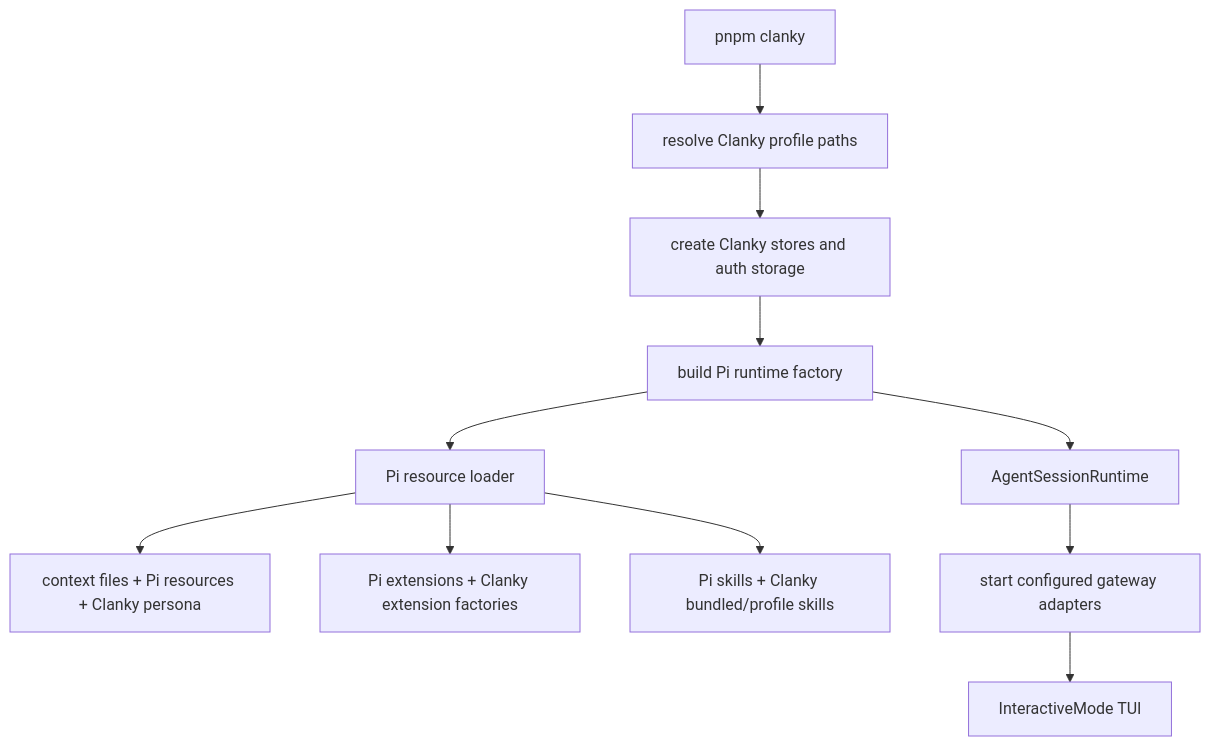
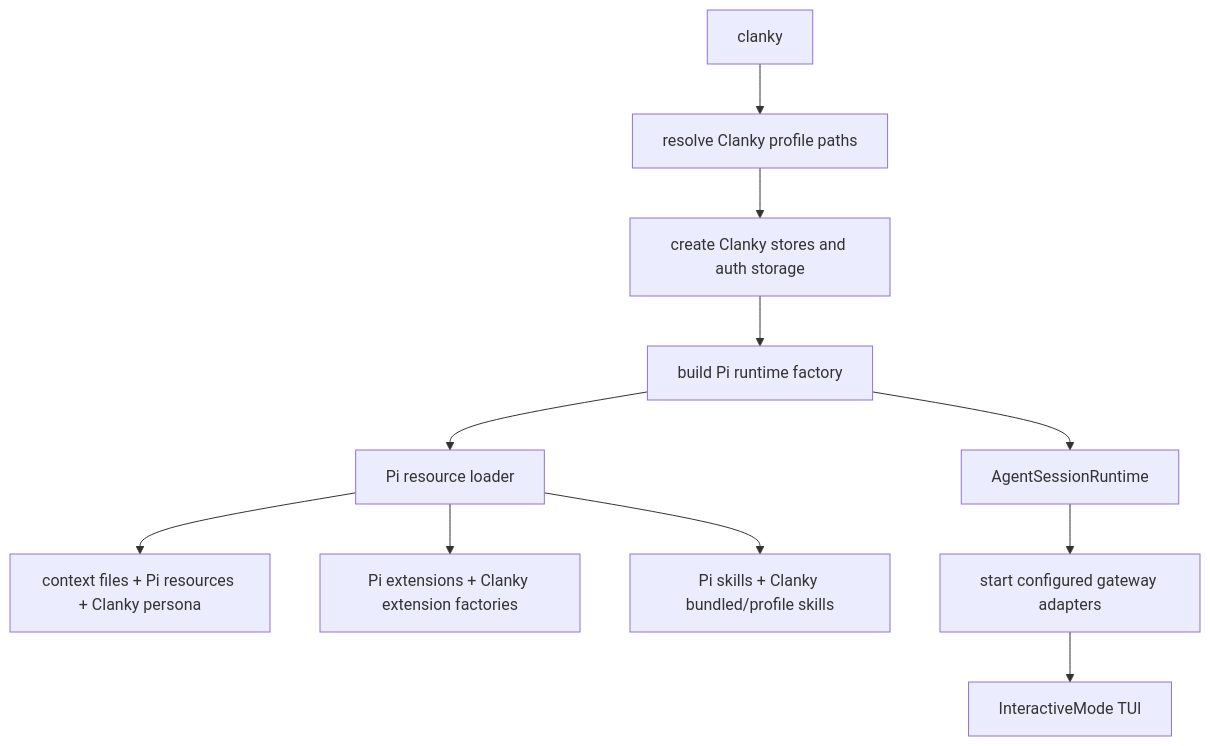
The diagram in docs/pi-foundation.md (Volpestyle/clanky), drawn with Mermaid before and after one commit. The commit also changed 11 other files, not shown here.

````diff
--- a/docs/pi-foundation.md
+++ b/docs/pi-foundation.md
@@ -66,13 +66,13 @@
 ```mermaid
 flowchart TB
-  launch["pnpm clanky"] --> paths["resolve Clanky profile paths"]
+  launch["clanky"] --> paths["resolve Clanky profile paths"]
   paths --> stores["create Clanky stores and auth storage"]
   stores --> factory["build Pi runtime factory"]
   factory --> resources["Pi resource loader"]
   resources --> prompt["context files + Pi resources + Clanky persona"]
   resources --> extensions["Pi extensions + Clanky extension factories"]
   resources --> skills["Pi skills + Clanky bundled/profile skills"]
   factory --> runtime["AgentSessionRuntime"]
   runtime --> gateway["start configured gateway adapters"]
   gateway --> tui["InteractiveMode TUI"]
 ```
````
